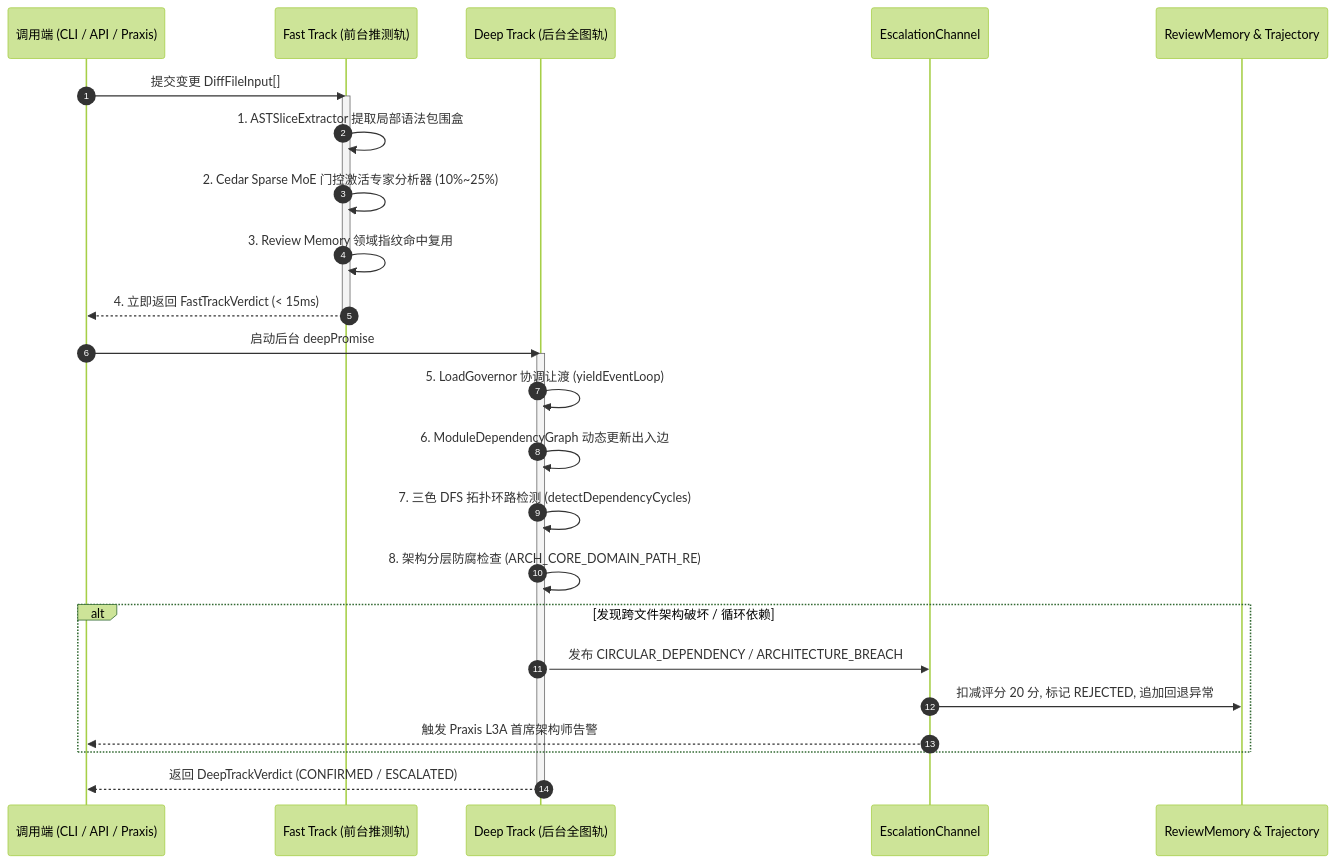
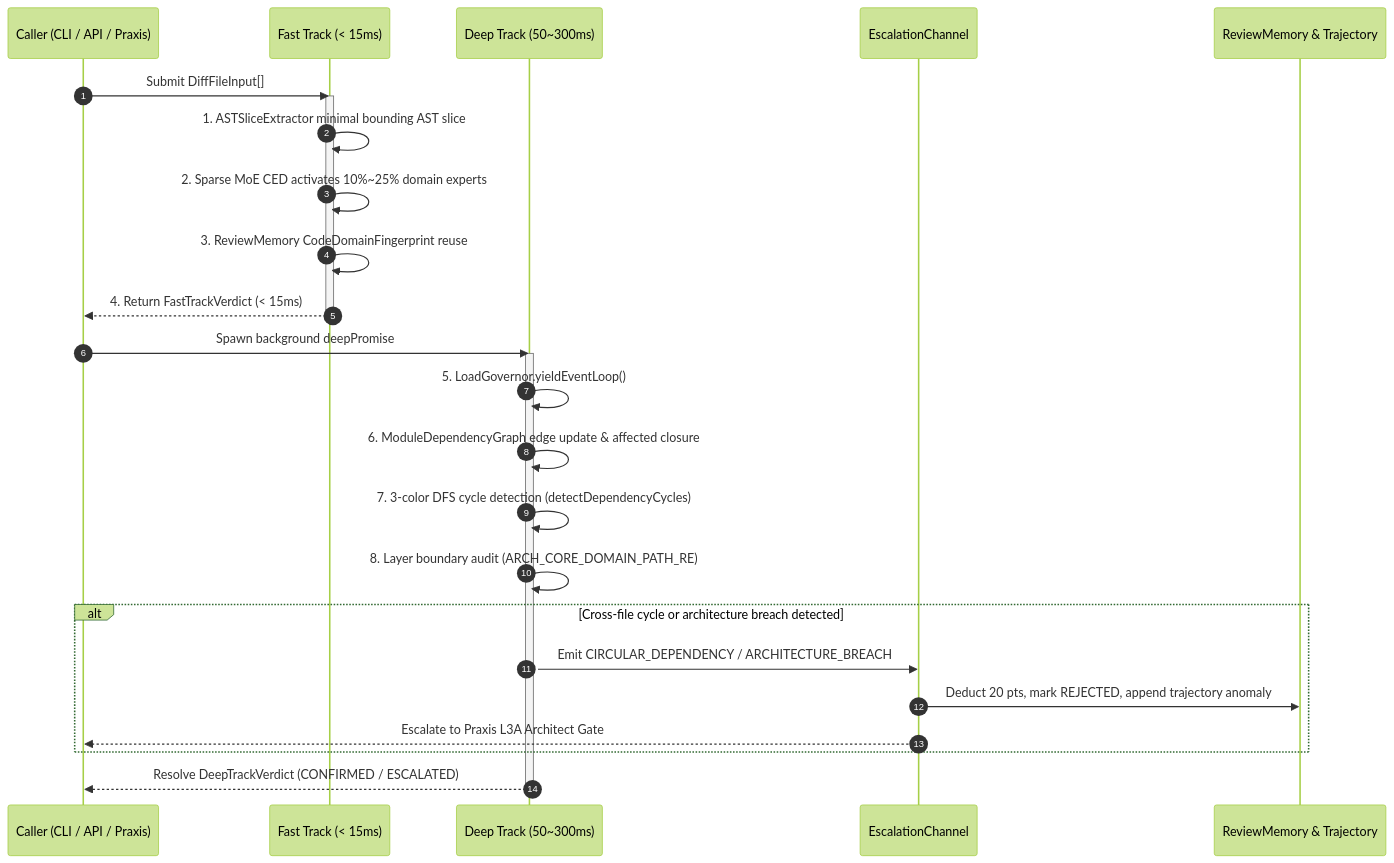
Before and after one commit to guilingzhouyi-creator/vscode-extensions: the second of 2 diagrams in auto-refactor/docs/01-architecture/01-system-overview.md, drawn with Mermaid (forest theme). The commit also changed other lines of this file and 4 other files, not shown here.

````diff
--- a/auto-refactor/docs/01-architecture/01-system-overview.md
+++ b/auto-refactor/docs/01-architecture/01-system-overview.md
@@ -98,31 +98,31 @@
 ```mermaid
 sequenceDiagram
   autonumber
-  participant Caller as 调用端 (CLI / API / Praxis)
-  participant Fast as Fast Track (前台推测轨)
-  participant Deep as Deep Track (后台全图轨)
+  participant Caller as Caller (CLI / API / Praxis)
+  participant Fast as Fast Track (< 15ms)
+  participant Deep as Deep Track (50~300ms)
   participant Channel as EscalationChannel
   participant Memory as ReviewMemory & Trajectory
 
-  Caller->>Fast: 提交变更 DiffFileInput[]
+  Caller->>Fast: Submit DiffFileInput[]
   activate Fast
-  Fast->>Fast: 1. ASTSliceExtractor 提取局部语法包围盒
-  Fast->>Fast: 2. Cedar Sparse MoE 门控激活专家分析器 (10%~25%)
-  Fast->>Fast: 3. Review Memory 领域指纹命中复用
-  Fast-->>Caller: 4. 立即返回 FastTrackVerdict (< 15ms)
+  Fast->>Fast: 1. ASTSliceExtractor minimal bounding AST slice
+  Fast->>Fast: 2. Sparse MoE CED activates 10%~25% domain experts
+  Fast->>Fast: 3. ReviewMemory CodeDomainFingerprint reuse
+  Fast-->>Caller: 4. Return FastTrackVerdict (< 15ms)
   deactivate Fast
 
-  Caller->>Deep: 启动后台 deepPromise
+  Caller->>Deep: Spawn background deepPromise
   activate Deep
-  Deep->>Deep: 5. LoadGovernor 协调让渡 (yieldEventLoop)
-  Deep->>Deep: 6. ModuleDependencyGraph 动态更新出入边
-  Deep->>Deep: 7. 三色 DFS 拓扑环路检测 (detectDependencyCycles)
-  Deep->>Deep: 8. 架构分层防腐检查 (ARCH_CORE_DOMAIN_PATH_RE)
-  alt 发现跨文件架构破坏 / 循环依赖
-    Deep->>Channel: 发布 CIRCULAR_DEPENDENCY / ARCHITECTURE_BREACH
-    Channel->>Memory: 扣减评分 20 分, 标记 REJECTED, 追加回退异常
-    Channel-->>Caller: 触发 Praxis L3A 首席架构师告警
+  Deep->>Deep: 5. LoadGovernor.yieldEventLoop()
+  Deep->>Deep: 6. ModuleDependencyGraph edge update & affected closure
+  Deep->>Deep: 7. 3-color DFS cycle detection (detectDependencyCycles)
+  Deep->>Deep: 8. Layer boundary audit (ARCH_CORE_DOMAIN_PATH_RE)
+  alt Cross-file cycle or architecture breach detected
+    Deep->>Channel: Emit CIRCULAR_DEPENDENCY / ARCHITECTURE_BREACH
+    Channel->>Memory: Deduct 20 pts, mark REJECTED, append trajectory anomaly
+    Channel-->>Caller: Escalate to Praxis L3A Architect Gate
   end
-  Deep-->>Caller: 返回 DeepTrackVerdict (CONFIRMED / ESCALATED)
+  Deep-->>Caller: Resolve DeepTrackVerdict (CONFIRMED / ESCALATED)
   deactivate Deep
 ```
````
